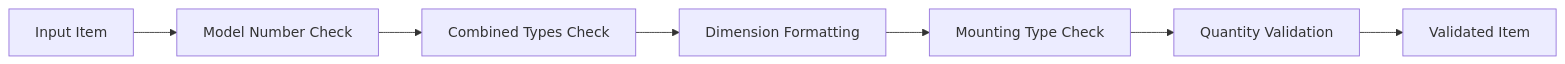
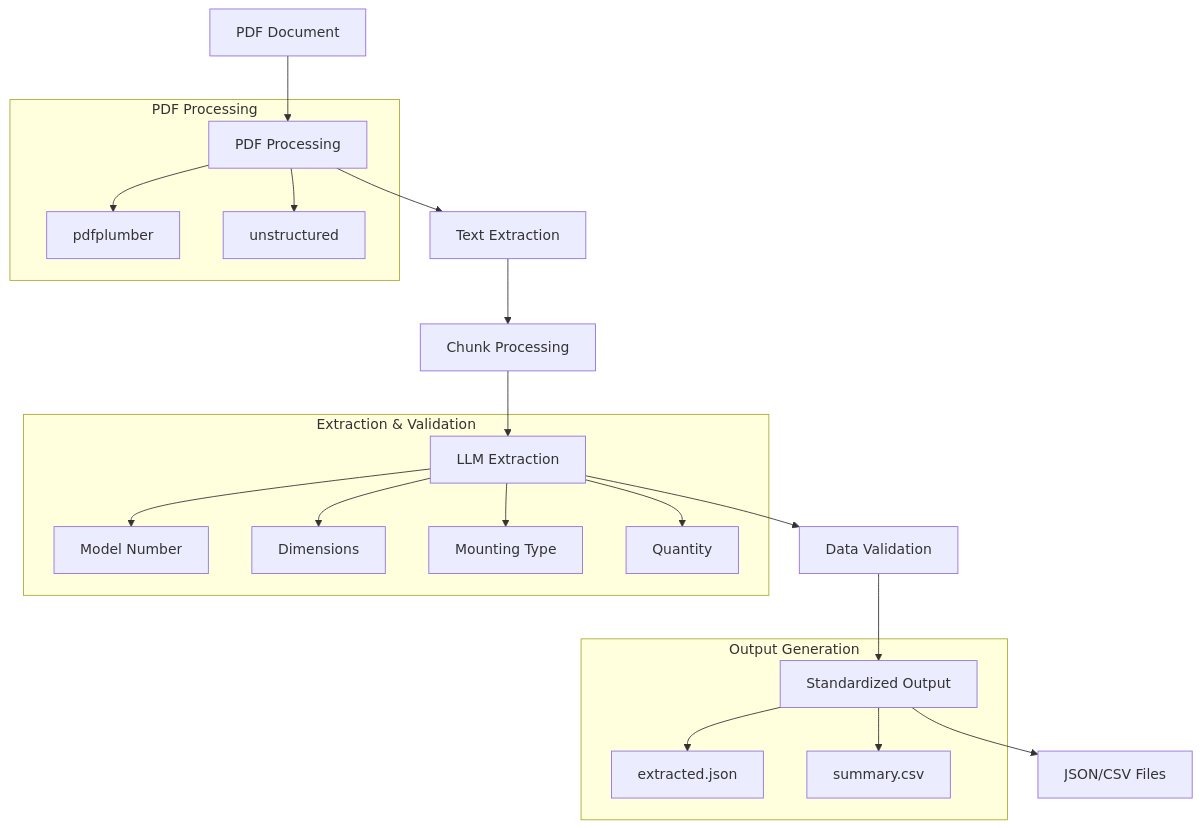
One commit to christ776/house-plan-parser changed the diagram in README.md. Above: the diagram before and after it, drawn with Mermaid. The commit also changed other lines of this file and 1 other file, not shown here.

Commit message:
Updated README, added architecture overview and workflow

````diff
--- a/README.md
+++ b/README.md
@@ -25,9 +47,27 @@
 ```mermaid
-graph LR
-    A[Input Item] --> B[Model Number Check]
-    B --> C[Combined Types Check]
-    C --> D[Dimension Formatting]
-    D --> E[Mounting Type Check]
-    E --> F[Quantity Validation]
-    F --> G[Validated Item]
+graph TD
+    A[PDF Document] --> B[PDF Processing]
+    B --> C[Text Extraction]
+    C --> D[Chunk Processing]
+    D --> E[LLM Extraction]
+    E --> F[Data Validation]
+    F --> G[Standardized Output]
+    G --> H[JSON/CSV Files]
+
+    subgraph "PDF Processing"
+    B --> B1[pdfplumber]
+    B --> B2[unstructured]
+    end
+
+    subgraph "Extraction & Validation"
+    E --> E1[Model Number]
+    E --> E2[Dimensions]
+    E --> E3[Mounting Type]
+    E --> E4[Quantity]
+    end
+
+    subgraph "Output Generation"
+    G --> G1[extracted.json]
+    G --> G2[summary.csv]
+    end
 ```
````
